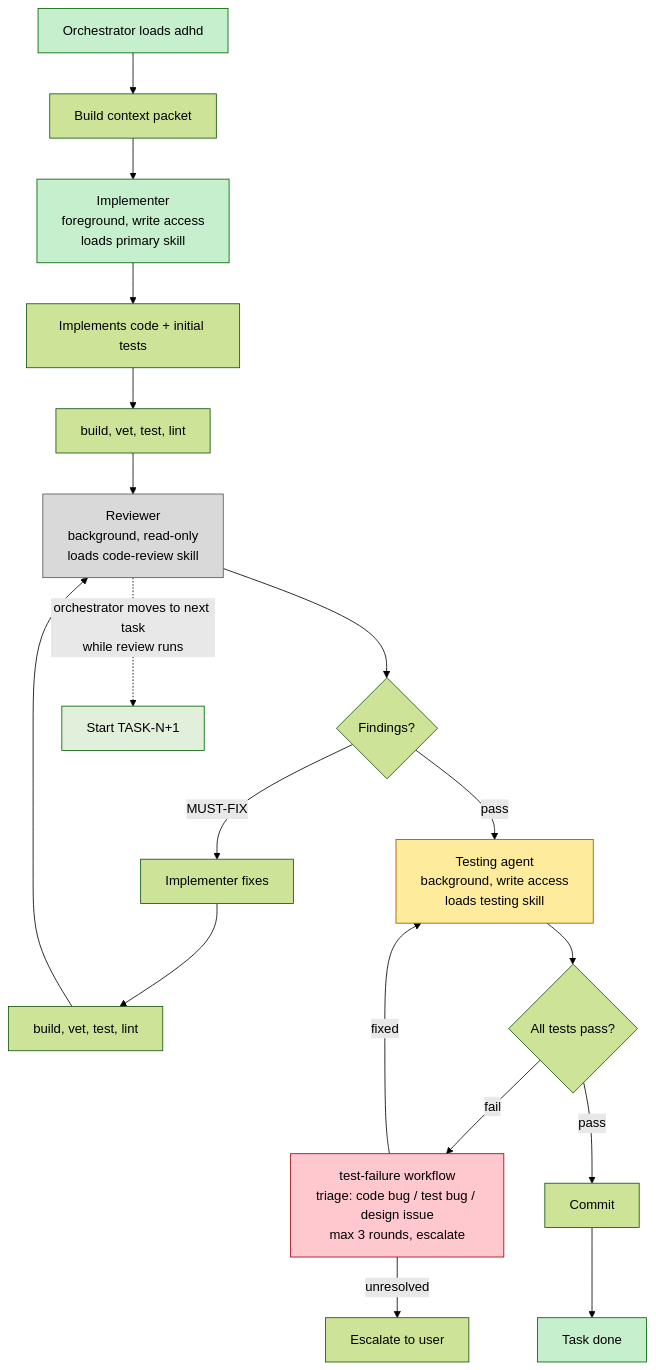
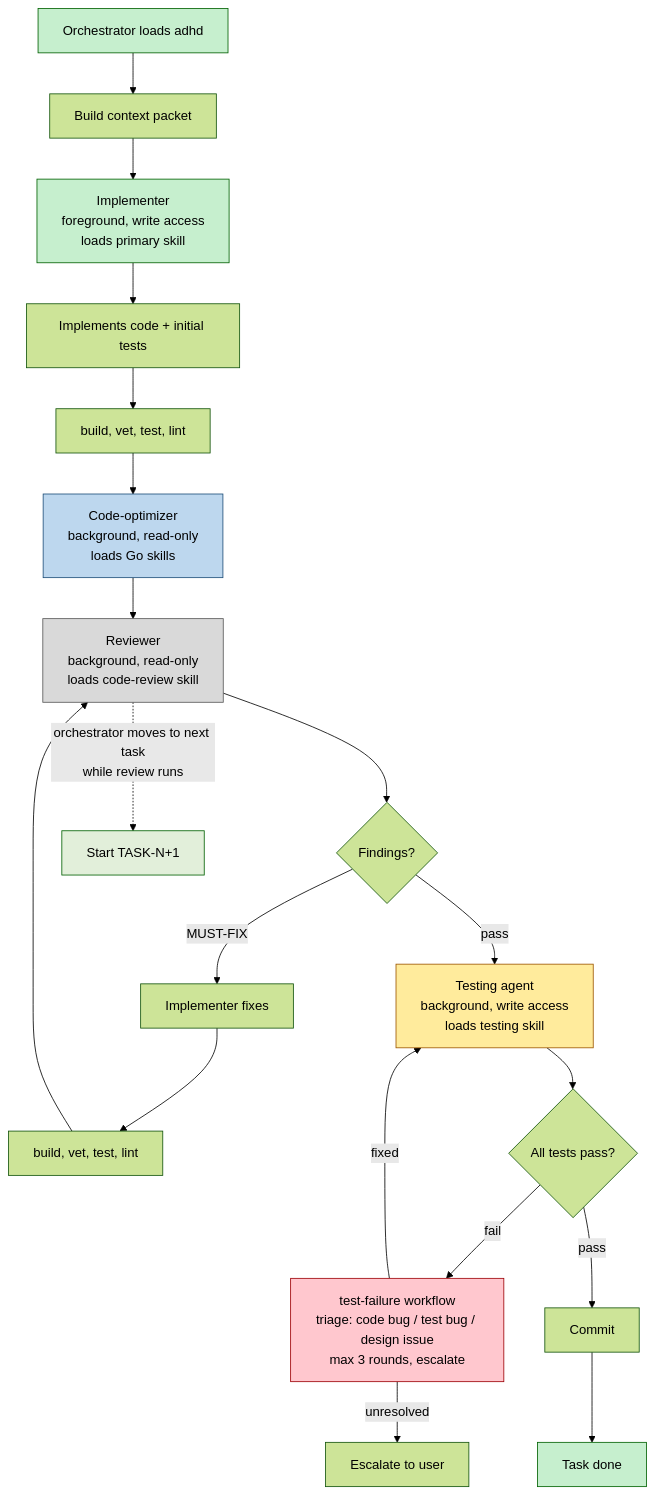
One commit to bperin/project-context changed the third of 4 diagrams in src/workflows/overview.md. Above: the diagram before and after it, drawn with Mermaid (forest theme). The commit also changed other lines of this file and 18 other files, not shown here.

First line of the commit message:
Add optimizer-reviewer separation to workflows

````diff
--- a/src/workflows/overview.md
+++ b/src/workflows/overview.md
@@ -55,29 +57,31 @@
 ```mermaid
 flowchart TD
     O["Orchestrator loads adhd"] --> CTX["Build context packet"]
     CTX --> P["Implementer<br/>foreground, write access<br/>loads primary skill"]
     P --> CODE["Implements code + initial tests"]
     CODE --> V1["build, vet, test, lint"]
-    V1 --> CR["Reviewer<br/>background, read-only<br/>loads code-review skill"]
+    V1 --> CO["Code-optimizer<br/>background, read-only<br/>loads Go skills"]
+    CO --> CR["Reviewer<br/>background, read-only<br/>loads code-review skill"]
     CR --> CRC{"Findings?"}
     CRC -->|MUST-FIX| BACK1["Implementer fixes"]
     BACK1 --> V2["build, vet, test, lint"]
     V2 --> CR
     CRC -->|pass| TA["Testing agent<br/>background, write access<br/>loads testing skill"]
     TA --> TAC{"All tests pass?"}
     TAC -->|fail| TF["test-failure workflow<br/>triage: code bug / test bug / design issue<br/>max 3 rounds, escalate"]
     TF -->|fixed| TA
     TF -->|unresolved| ESC["Escalate to user"]
     TAC -->|pass| COM["Commit"]
     COM --> DONE["Task done"]
 
     CR -.->|orchestrator moves to next task<br/>while review runs| NEXT["Start TASK-N+1"]
 
     style O fill:#C6EFCE,stroke:#006100
     style P fill:#C6EFCE,stroke:#006100
+    style CO fill:#BDD7EE,stroke:#1F4E79
     style CR fill:#D9D9D9,stroke:#595959
     style TA fill:#FFEB9C,stroke:#9C5700
     style TF fill:#FFC7CE,stroke:#9C0006
     style DONE fill:#C6EFCE,stroke:#006100
     style NEXT fill:#E2EFDA,stroke:#006100
 ```
````
